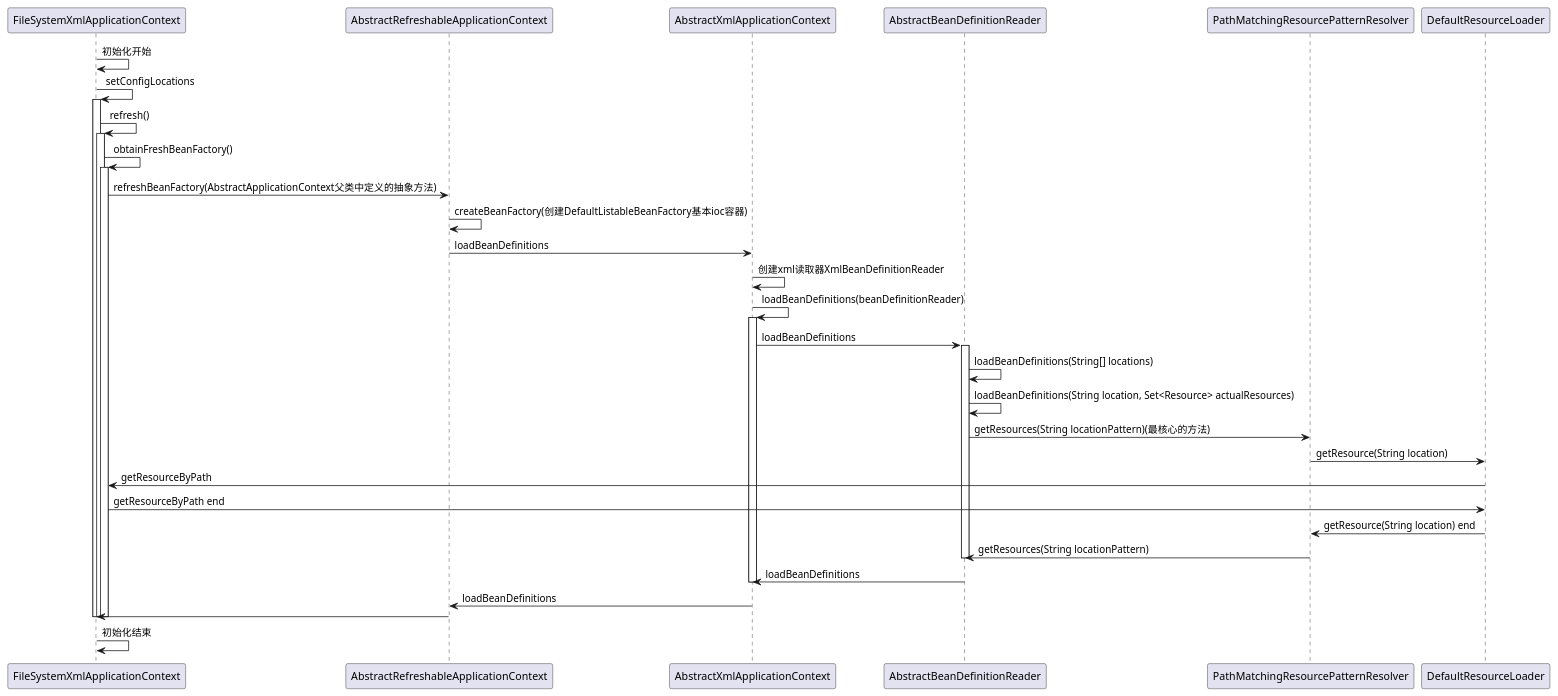
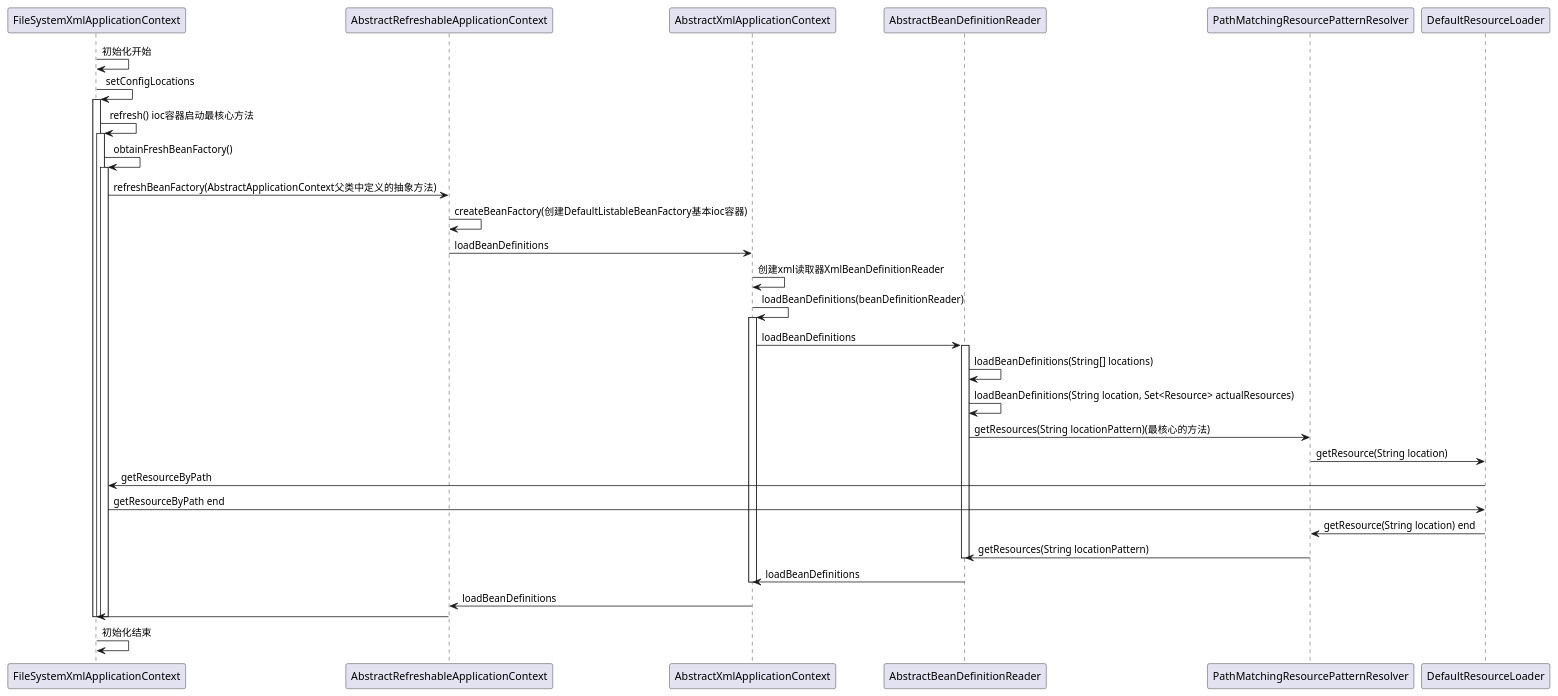
The diagram in doc/BeanDefinitionResource定位.puml (chujun/spring-framework), drawn with PlantUML before and after one commit.

```diff
--- a/doc/BeanDefinitionResource定位.puml
+++ b/doc/BeanDefinitionResource定位.puml
@@ -1,47 +1,47 @@
 @startuml
 participant FileSystemXmlApplicationContext as main
 participant AbstractRefreshableApplicationContext as AbsRefContext
 participant AbstractXmlApplicationContext as absXmlContext
 participant AbstractBeanDefinitionReader as absReader
 participant PathMatchingResourcePatternResolver as pathResourceResolver
 participant DefaultResourceLoader
 main ->main : 初始化开始
 main -> main :setConfigLocations
 activate main
-main -> main: refresh()
+main -> main: refresh() ioc容器启动最核心方法
 activate main
 main -> main: obtainFreshBeanFactory()
 activate main
 
 
 main -> AbsRefContext: refreshBeanFactory(AbstractApplicationContext父类中定义的抽象方法)
 AbsRefContext->AbsRefContext:createBeanFactory(创建DefaultListableBeanFactory基本ioc容器)
 AbsRefContext -> absXmlContext:loadBeanDefinitions
 absXmlContext->absXmlContext:创建xml读取器XmlBeanDefinitionReader
 absXmlContext->absXmlContext:loadBeanDefinitions(beanDefinitionReader)
 activate absXmlContext
 absXmlContext->absReader :loadBeanDefinitions
 
 activate absReader
 absReader -> absReader :loadBeanDefinitions(String[] locations)
 absReader -> absReader :loadBeanDefinitions(String location, Set<Resource> actualResources)
 absReader->pathResourceResolver:getResources(String locationPattern)(最核心的方法)
 pathResourceResolver->DefaultResourceLoader:getResource(String location)
 DefaultResourceLoader->main:getResourceByPath
 main->DefaultResourceLoader:getResourceByPath end
 DefaultResourceLoader->pathResourceResolver:getResource(String location) end
 pathResourceResolver->absReader:getResources(String locationPattern)
 deactivate absReader
 
 
 absReader->absXmlContext :loadBeanDefinitions
 deactivate absXmlContext
 absXmlContext -> AbsRefContext:loadBeanDefinitions
 AbsRefContext -> main:
 
 
 deactivate main
 deactivate main
 deactivate main
 main ->main : 初始化结束
 @enduml
```
